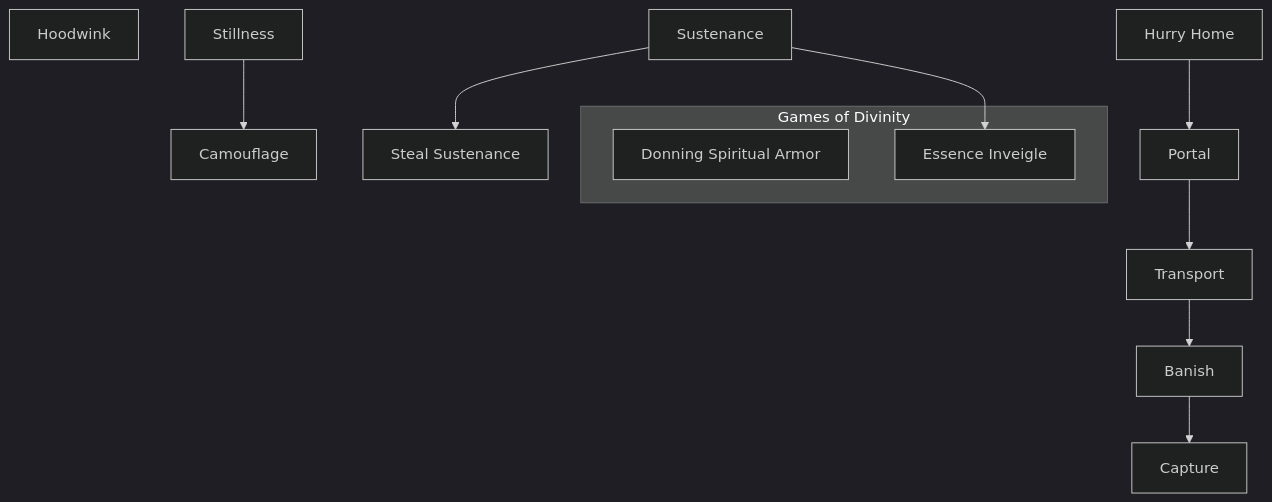
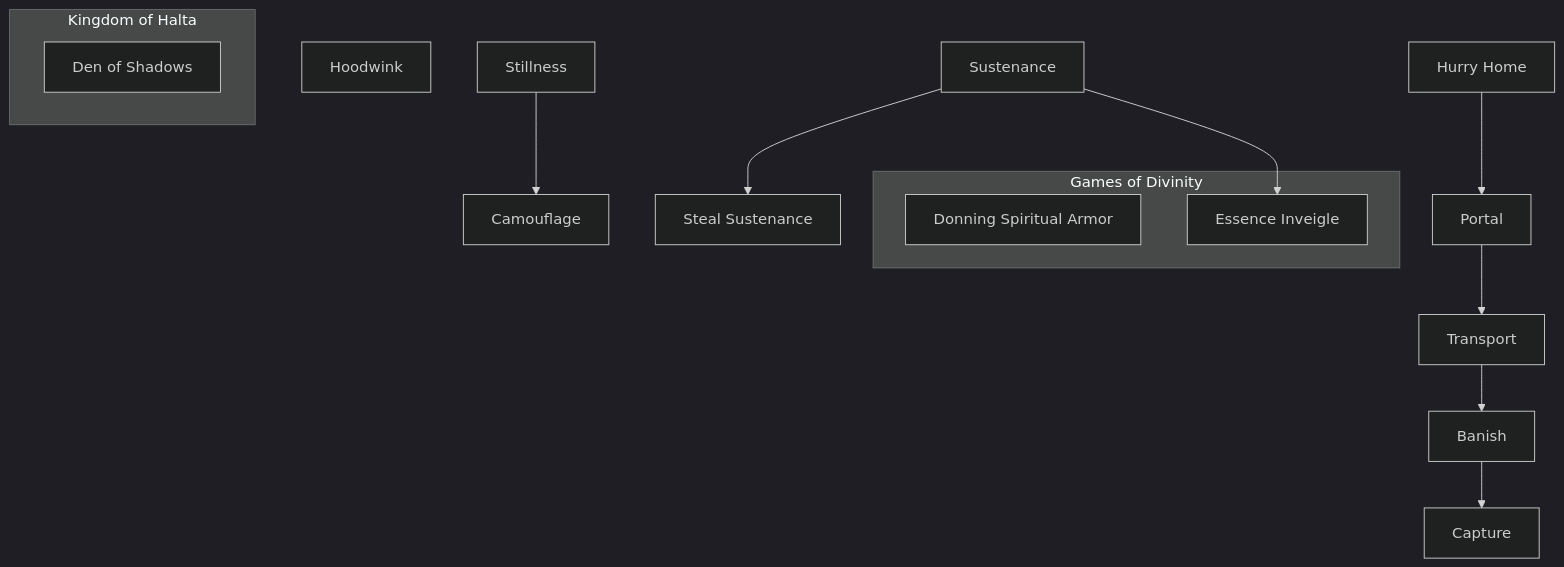
The diagram in docs/mermaid/spirits/temperance_2.mmd (jrobichaud/exalted-charms-1e), drawn with Mermaid before and after one commit. The commit also changed 3 other files, not shown here.

Commit message:
Kingdom of Halta spirit charms The Outcaste dragon-blooded charms

```diff
--- a/docs/mermaid/spirits/temperance_2.mmd
+++ b/docs/mermaid/spirits/temperance_2.mmd
@@ -291,3 +291,25 @@
     end
 
     sustenance --> essence_inveigle
+
+    subgraph Kingdom of Halta
+        den_of_shadows[Den of Shadows]
+        click den_of_shadows callback "
+            Den of Shadows<br>
+            <br>
+            Cost: 5 motes<br>
+            Duration: One day<br>
+            Type: Simple<br>
+            Minimum Temperance: 2<br>
+            Minimum Essence: 2<br>
+            Prerequisite Charms: None<br>
+            <br>
+            The Shade Tiger possesses a unique Charm — it
+            can hide in any shadow for the duration of the day.
+            The Den of Shadows automatically disappears at
+            sunset (and the Tiger springs forth from its lair, ready
+            to hunt). While in the Den of Shadows, the Shade
+            Tiger is Elsewhere and is, therefore, unaware of any
+            happenings in the living world or the Underworld.
+            "
+    end
```
